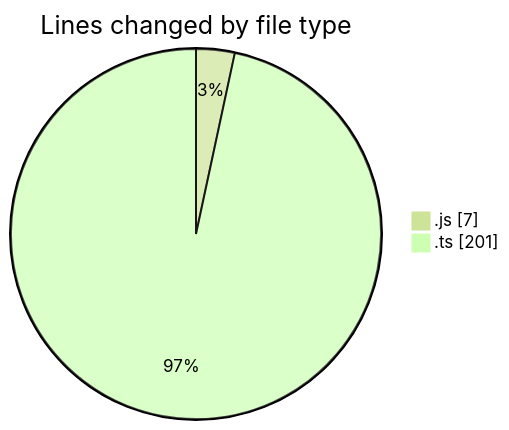
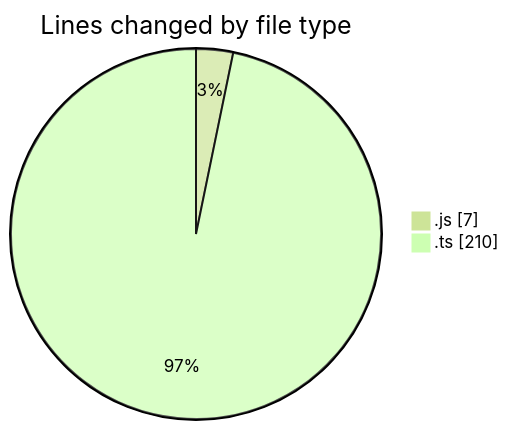
One commit to momahboobian/code-tracking changed the first of 2 diagrams in 2025-06-18/cda/README.md. Above: the diagram before and after it, drawn with Mermaid (forest theme). The commit also changed other lines of this file and 1 other file, not shown here.

````diff
--- a/2025-06-18/cda/README.md
+++ b/2025-06-18/cda/README.md
@@ -25,6 +25,6 @@
 ```mermaid
 pie showData
 title Lines changed by file type
 ".js" : 7
-".ts" : 201
+".ts" : 210
 ```
````
